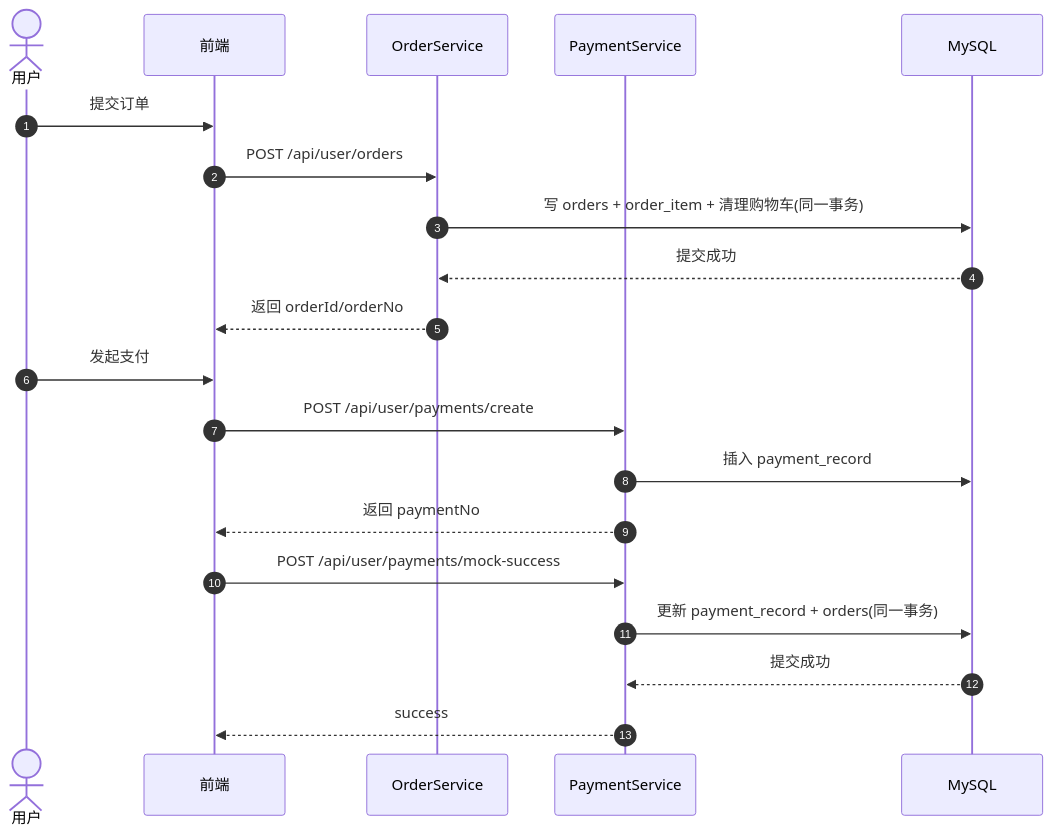
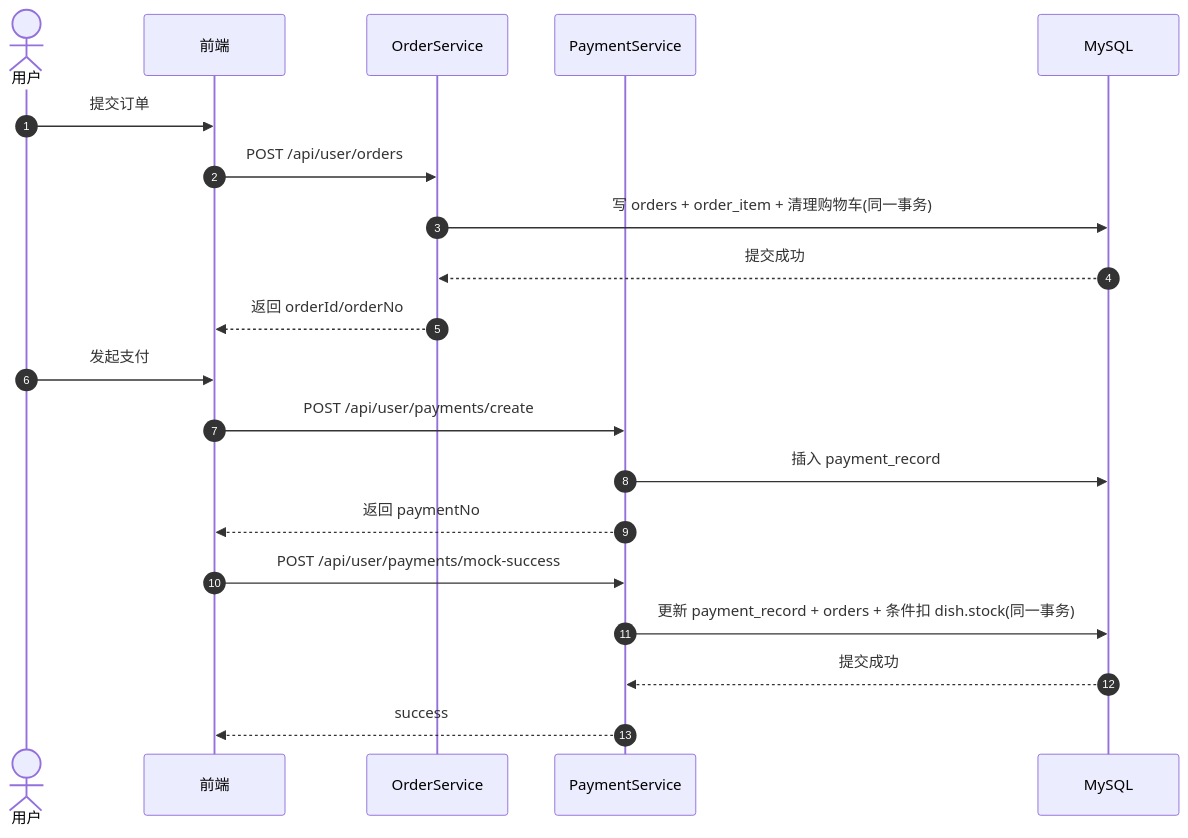
Before and after one commit to yuluo-eng/FoodieCloud: the sixth of 11 diagrams in thesis/first draft.md, drawn with Mermaid. The commit also changed other lines of this file and 13 other files, not shown here.

````diff
--- a/thesis/first draft.md
+++ b/thesis/first draft.md
@@ -352,25 +412,25 @@
 ```mermaid
 sequenceDiagram
   autonumber
   actor U as 用户
   participant FE as 前端
   participant OS as OrderService
   participant PS as PaymentService
   participant DB as MySQL
 
   U->>FE: 提交订单
   FE->>OS: POST /api/user/orders
   OS->>DB: 写 orders + order_item + 清理购物车(同一事务)
   DB-->>OS: 提交成功
   OS-->>FE: 返回 orderId/orderNo
 
   U->>FE: 发起支付
   FE->>PS: POST /api/user/payments/create
   PS->>DB: 插入 payment_record
   PS-->>FE: 返回 paymentNo
 
   FE->>PS: POST /api/user/payments/mock-success
-  PS->>DB: 更新 payment_record + orders(同一事务)
+  PS->>DB: 更新 payment_record + orders + 条件扣 dish.stock(同一事务)
   DB-->>PS: 提交成功
   PS-->>FE: success
 ```
````
